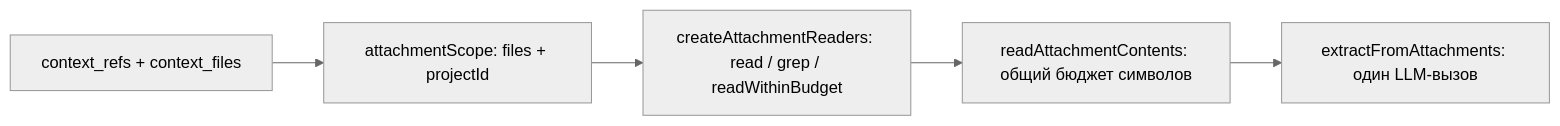
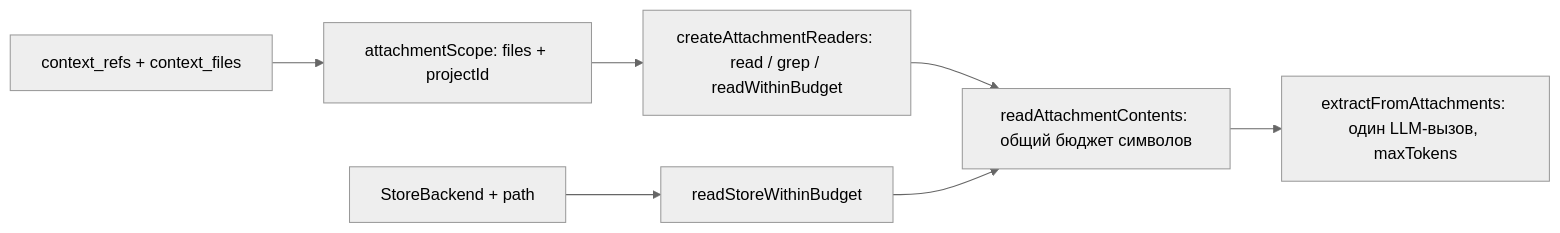
Before and after one commit to AI-37/ai37-agent-sdk: the fifth of 8 diagrams in README.md, drawn with Mermaid (neutral theme). The commit also changed other lines of this file, not shown here.

````diff
--- a/README.md
+++ b/README.md
@@ -136,7 +137,9 @@
 ```mermaid
 flowchart LR
   REFS[context_refs + context_files] --> SCOPE[attachmentScope: files + projectId]
   SCOPE --> RD[createAttachmentReaders: read / grep / readWithinBudget]
+  PATH[StoreBackend + path] --> RSWB[readStoreWithinBudget]
   RD --> CT[readAttachmentContents: общий бюджет символов]
-  CT --> EX[extractFromAttachments: один LLM-вызов]
+  RSWB --> CT
+  CT --> EX[extractFromAttachments: один LLM-вызов, maxTokens]
 ```
````
